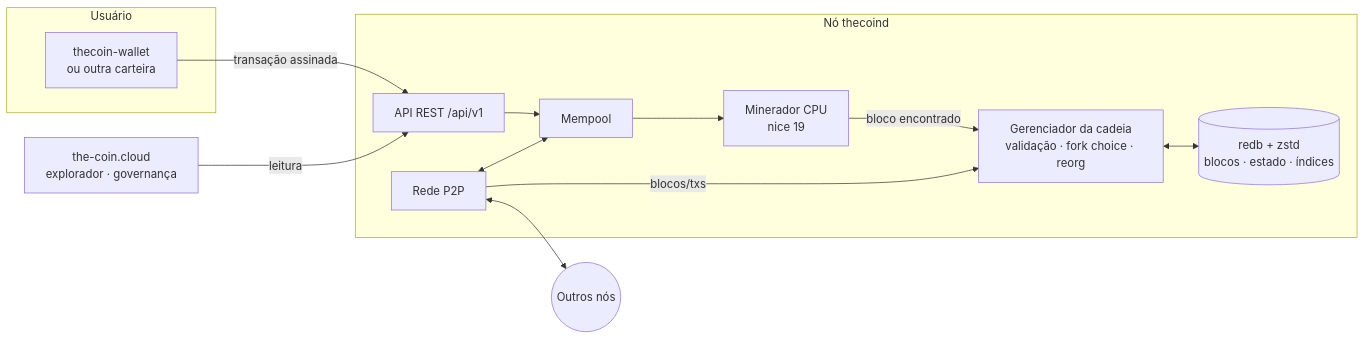
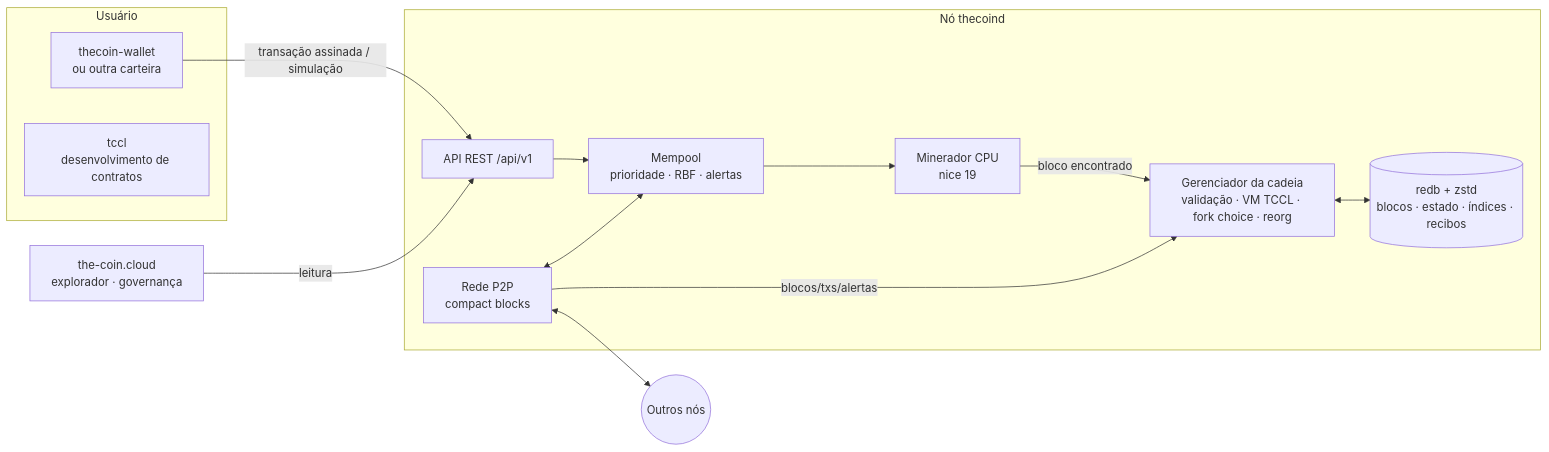
The diagram in README.md (LucasBolla94/thecoin), drawn with Mermaid before and after one commit. The commit also changed other lines of this file and 18 other files, not shown here.

````diff
--- a/README.md
+++ b/README.md
@@ -113,26 +144,27 @@
 ```mermaid
 flowchart LR
     subgraph Usuário
         W[thecoin-wallet<br/>ou outra carteira]
+        T[tccl<br/>desenvolvimento de contratos]
     end
     subgraph "Nó thecoind"
         API[API REST /api/v1]
-        MP[Mempool]
-        CH[Gerenciador da cadeia<br/>validação · fork choice · reorg]
-        DB[(redb + zstd<br/>blocos · estado · índices)]
+        MP[Mempool<br/>prioridade · RBF · alertas]
+        CH[Gerenciador da cadeia<br/>validação · VM TCCL · fork choice · reorg]
+        DB[(redb + zstd<br/>blocos · estado · índices · recibos)]
         MN[Minerador CPU<br/>nice 19]
-        P2P[Rede P2P]
+        P2P[Rede P2P<br/>compact blocks]
     end
     SITE[the-coin.cloud<br/>explorador · governança]
     PEERS((Outros nós))
 
-    W -- transação assinada --> API
+    W -- transação assinada / simulação --> API
     SITE -- leitura --> API
     API --> MP
     MP --> MN
     MN -- bloco encontrado --> CH
     P2P <--> PEERS
-    P2P -- blocos/txs --> CH
+    P2P -- blocos/txs/alertas --> CH
     P2P <--> MP
     CH <--> DB
 ```
````
